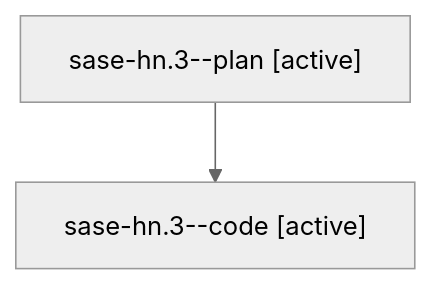
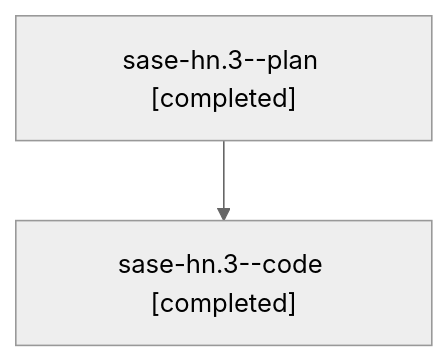
Before and after one commit to sase-org/sase--agents: the diagram in families/bbugyi200.athena.sase-hn.3.md, drawn with Mermaid (neutral theme). The commit also changed other lines of this file and 43 other files, not shown here.

````diff
--- a/families/bbugyi200.athena.sase-hn.3.md
+++ b/families/bbugyi200.athena.sase-hn.3.md
@@ -9,6 +9,6 @@
 ```mermaid
 flowchart TD
-  n0["sase-hn.3--plan [active]"]
-  n1["sase-hn.3--code [active]"]
+  n0["sase-hn.3--plan [completed]"]
+  n1["sase-hn.3--code [completed]"]
   n0 --> n1
 ```
````
